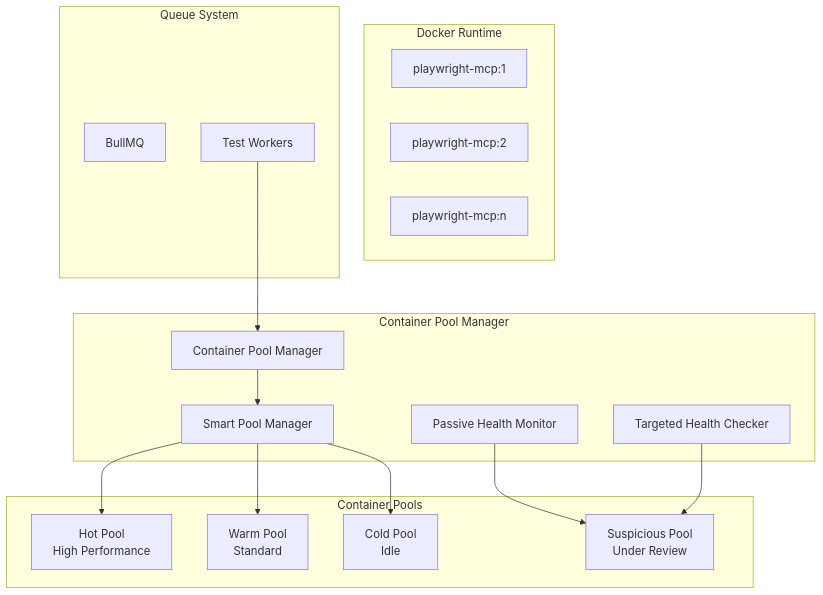
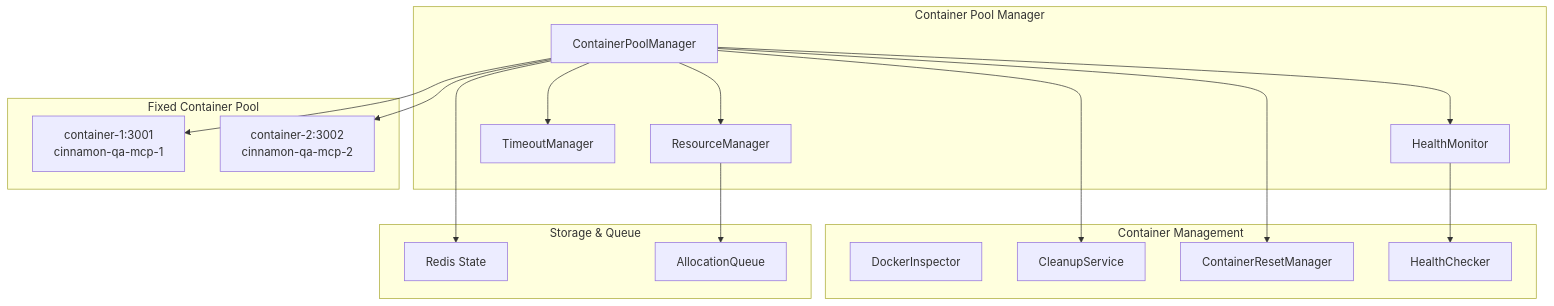
One commit to carlos-dev-yang/cinnamon-qa changed the first of 2 diagrams in packages/containers/container-guide.md. Above: the diagram before and after it, drawn with Mermaid. The commit also changed other lines of this file and 37 other files, not shown here.

First line of the commit message:
feat: complete Task 6 - Container Pool Management System

````diff
--- a/packages/containers/container-guide.md
+++ b/packages/containers/container-guide.md
@@ -24,35 +26,37 @@
 ```mermaid
 graph TB
     subgraph "Container Pool Manager"
-        CPM[Container Pool Manager]
-        SPM[Smart Pool Manager]
-        PHM[Passive Health Monitor]
-        THC[Targeted Health Checker]
+        CPM[ContainerPoolManager]
+        RM[ResourceManager]
+        TM[TimeoutManager]
+        HM[HealthMonitor]
     end
     
-    subgraph "Container Pools"
-        HP[Hot Pool<br/>High Performance]
-        WP[Warm Pool<br/>Standard]
-        CP[Cold Pool<br/>Idle]
-        SP[Suspicious Pool<br/>Under Review]
+    subgraph "Container Management"
+        CI[DockerInspector]
+        CS[CleanupService]
+        CRM[ContainerResetManager]
+        HC[HealthChecker]
     end
     
-    subgraph "Docker Runtime"
-        C1[playwright-mcp:1]
-        C2[playwright-mcp:2]
-        C3[playwright-mcp:n]
+    subgraph "Fixed Container Pool"
+        C1[container-1:3001<br/>cinnamon-qa-mcp-1]
+        C2[container-2:3002<br/>cinnamon-qa-mcp-2]
     end
     
-    subgraph "Queue System"
-        BQ[BullMQ]
-        TW[Test Workers]
+    subgraph "Storage & Queue"
+        R[Redis State]
+        AQ[AllocationQueue]
     end
     
-    TW --> CPM
-    CPM --> SPM
-    SPM --> HP
-    SPM --> WP
-    SPM --> CP
-    PHM --> SP
-    THC --> SP
+    CPM --> RM
+    CPM --> TM
+    CPM --> HM
+    CPM --> CS
+    CPM --> CRM
+    RM --> AQ
+    HM --> HC
+    CPM --> C1
+    CPM --> C2
+    CPM --> R
 ```
````
